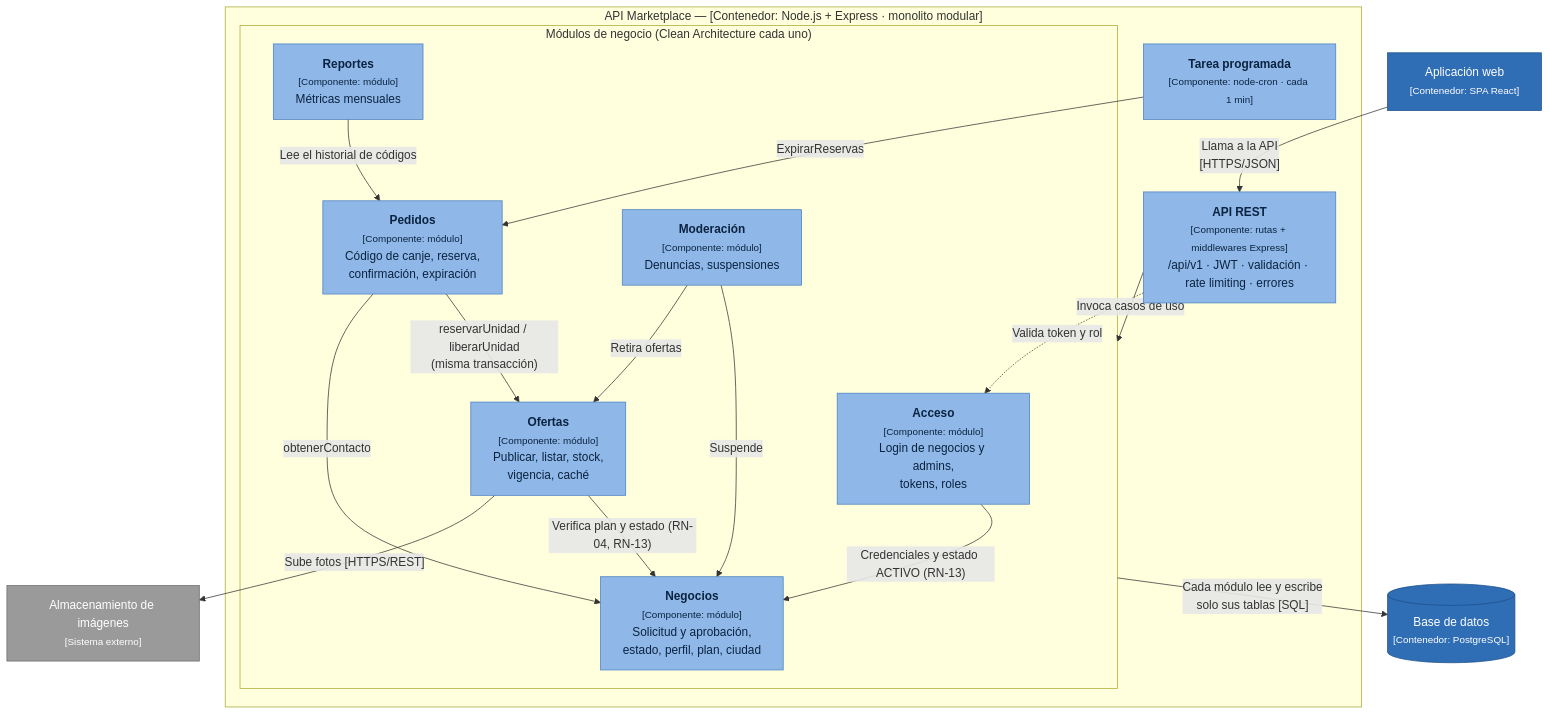
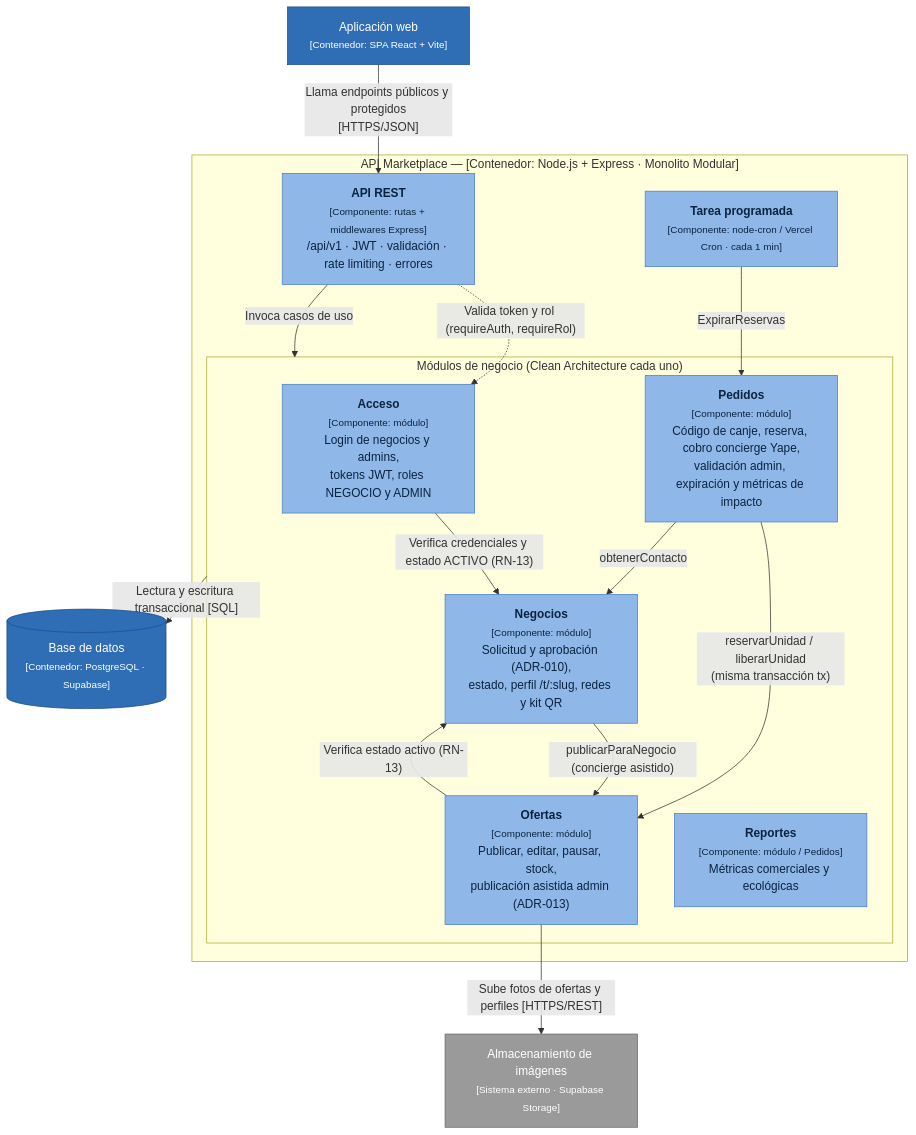
One commit to lovableprojectscx/JAMA changed the diagram in docs/04-modelo-c4/Nivel3-Diagrama-de-Componentes.md. Above: the diagram before and after it, drawn with Mermaid. The commit also changed other lines of this file and 20 other files, not shown here.

Commit message:
docs: sincronizar especificacion de requisitos funcionales, historias de usuario, ADR-013 y modelo C4 con flujo concierge y metricas

````diff
--- a/docs/04-modelo-c4/Nivel3-Diagrama-de-Componentes.md
+++ b/docs/04-modelo-c4/Nivel3-Diagrama-de-Componentes.md
@@ -24,43 +24,40 @@
 ```mermaid
 flowchart TB
-    WEB["Aplicación web<br/><small>[Contenedor: SPA React]</small>"]
+    WEB["Aplicación web<br/><small>[Contenedor: SPA React + Vite]</small>"]
 
-    subgraph API["API Marketplace — [Contenedor: Node.js + Express · monolito modular]"]
+    subgraph API["API Marketplace — [Contenedor: Node.js + Express · Monolito Modular]"]
         REST["<b>API REST</b><br/><small>[Componente: rutas + middlewares Express]</small><br/>/api/v1 · JWT · validación · rate limiting · errores"]
 
         subgraph MOD["Módulos de negocio (Clean Architecture cada uno)"]
-            ACC["<b>Acceso</b><br/><small>[Componente: módulo]</small><br/>Login de negocios y admins,<br/>tokens, roles"]
-            NEG["<b>Negocios</b><br/><small>[Componente: módulo]</small><br/>Solicitud y aprobación,<br/>estado, perfil, plan, ciudad"]
-            OFE["<b>Ofertas</b><br/><small>[Componente: módulo]</small><br/>Publicar, listar, stock,<br/>vigencia, caché"]
-            PED["<b>Pedidos</b><br/><small>[Componente: módulo]</small><br/>Código de canje, reserva,<br/>confirmación, expiración"]
-            REP["<b>Reportes</b><br/><small>[Componente: módulo]</small><br/>Métricas mensuales"]
-            MODR["<b>Moderación</b><br/><small>[Componente: módulo]</small><br/>Denuncias, suspensiones"]
+            ACC["<b>Acceso</b><br/><small>[Componente: módulo]</small><br/>Login de negocios y admins,<br/>tokens JWT, roles NEGOCIO y ADMIN"]
+            NEG["<b>Negocios</b><br/><small>[Componente: módulo]</small><br/>Solicitud y aprobación (ADR-010),<br/>estado, perfil /t/:slug, redes y kit QR"]
+            OFE["<b>Ofertas</b><br/><small>[Componente: módulo]</small><br/>Publicar, editar, pausar, stock,<br/>publicación asistida admin (ADR-013)"]
+            PED["<b>Pedidos</b><br/><small>[Componente: módulo]</small><br/>Código de canje, reserva, cobro concierge Yape,<br/>validación admin, expiración y métricas de impacto"]
+            REP["<b>Reportes</b><br/><small>[Componente: módulo / Pedidos]</small><br/>Métricas comerciales y ecológicas"]
         end
 
-        JOB["<b>Tarea programada</b><br/><small>[Componente: node-cron · cada 1 min]</small>"]
+        JOB["<b>Tarea programada</b><br/><small>[Componente: node-cron / Vercel Cron · cada 1 min]</small>"]
     end
 
-    DB[("Base de datos<br/><small>[Contenedor: PostgreSQL]</small>")]
-    IMG["Almacenamiento de imágenes<br/><small>[Sistema externo]</small>"]
+    DB[("Base de datos<br/><small>[Contenedor: PostgreSQL · Supabase]</small>")]
+    IMG["Almacenamiento de imágenes<br/><small>[Sistema externo · Supabase Storage]</small>"]
 
-    WEB -->|"Llama a la API<br/>[HTTPS/JSON]"| REST
+    WEB -->|"Llama endpoints públicos y protegidos<br/>[HTTPS/JSON]"| REST
     REST -->|"Invoca casos de uso"| MOD
-    REST -.->|"Valida token y rol"| ACC
-    ACC -->|"Credenciales y estado ACTIVO (RN-13)"| NEG
-    OFE -->|"Verifica plan y estado (RN-04, RN-13)"| NEG
-    PED -->|"reservarUnidad / liberarUnidad<br/>(misma transacción)"| OFE
+    REST -.->|"Valida token y rol (requireAuth, requireRol)"| ACC
+    ACC -->|"Verifica credenciales y estado ACTIVO (RN-13)"| NEG
+    OFE -->|"Verifica estado activo (RN-13)"| NEG
+    PED -->|"reservarUnidad / liberarUnidad<br/>(misma transacción tx)"| OFE
     PED -->|"obtenerContacto"| NEG
-    REP -->|"Lee el historial de códigos"| PED
-    MODR -->|"Suspende"| NEG
-    MODR -->|"Retira ofertas"| OFE
+    NEG -->|"publicarParaNegocio (concierge asistido)"| OFE
     JOB -->|"ExpirarReservas"| PED
-    OFE -->|"Sube fotos [HTTPS/REST]"| IMG
-    MOD -->|"Cada módulo lee y escribe<br/>solo sus tablas [SQL]"| DB
+    OFE -->|"Sube fotos de ofertas y perfiles [HTTPS/REST]"| IMG
+    MOD -->|"Lectura y escritura transaccional [SQL]"| DB
 
     classDef contenedor fill:#2f6db5,stroke:#1d4f8a,color:#fff
     classDef componente fill:#8fb8e8,stroke:#4a7fbf,color:#0b2340
     classDef externo fill:#9a9a9a,stroke:#6b6b6b,color:#fff
     class WEB,DB contenedor
-    class REST,ACC,NEG,OFE,PED,REP,MODR,JOB componente
+    class REST,ACC,NEG,OFE,PED,REP,JOB componente
     class IMG externo
 ```
````
